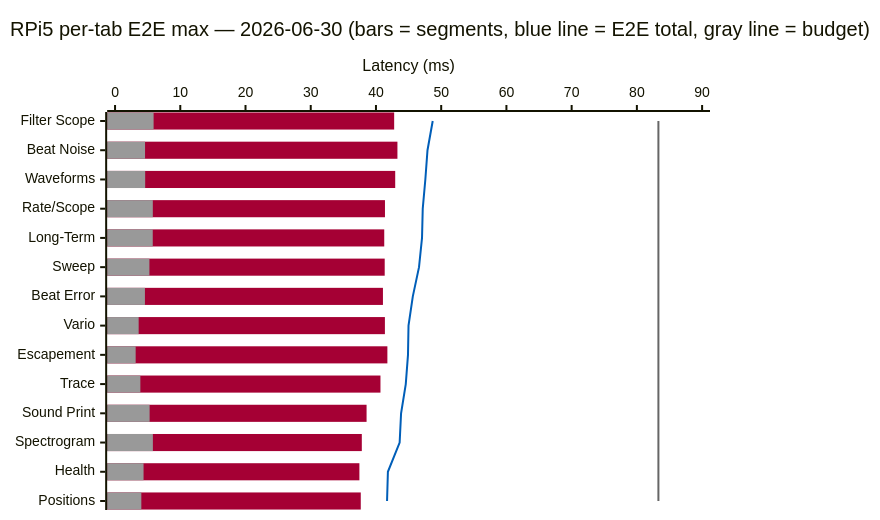
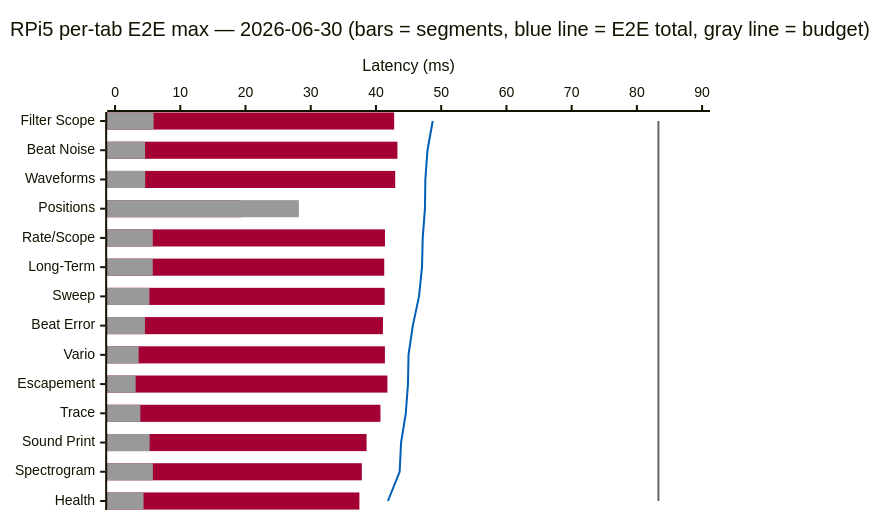
The fourth of 6 diagrams in Milestone/en/4-Planned-Experiments.md (lgcmu2026-team5/TimeGrapher-Docs), drawn with Mermaid before and after one commit. The commit also changed other lines of this file and 1 other file, not shown here.

Commit message:
docs: restore raw Positions E2E maximum

````diff
--- a/Milestone/en/4-Planned-Experiments.md
+++ b/Milestone/en/4-Planned-Experiments.md
@@ -188,11 +188,11 @@
 ```mermaid
 %%{init: {"themeVariables": {"xyChart": {"plotColorPalette": "#A50034, #999999, #005EB8, #666666"}}}}%%
 xychart-beta horizontal
     title "RPi5 per-tab E2E max — 2026-06-30 (bars = segments, blue line = E2E total, gray line = budget)"
-    x-axis ["Filter Scope", "Beat Noise", "Waveforms", "Rate/Scope", "Long-Term", "Sweep", "Beat Error", "Vario", "Escapement", "Trace", "Sound Print", "Spectrogram", "Health", "Positions"]
+    x-axis ["Filter Scope", "Beat Noise", "Waveforms", "Positions", "Rate/Scope", "Long-Term", "Sweep", "Beat Error", "Vario", "Escapement", "Trace", "Sound Print", "Spectrogram", "Health"]
     y-axis "Latency (ms)" 0 --> 90
-    bar [42.79, 43.29, 42.95, 41.38, 41.27, 41.34, 41.07, 41.37, 41.75, 40.69, 38.56, 37.83, 37.46, 37.67]
-    bar [5.91, 4.60, 4.62, 5.79, 5.78, 5.27, 4.58, 3.62, 3.16, 3.88, 5.30, 5.80, 4.37, 4.03]
-    line [48.70, 47.90, 47.57, 47.17, 47.06, 46.60, 45.65, 44.99, 44.91, 44.57, 43.85, 43.63, 41.83, 41.70]
+    bar [42.79, 43.29, 42.95, 19.33, 41.38, 41.27, 41.34, 41.07, 41.37, 41.75, 40.69, 38.56, 37.83, 37.46]
+    bar [5.91, 4.60, 4.62, 28.18, 5.79, 5.78, 5.27, 4.58, 3.62, 3.16, 3.88, 5.30, 5.80, 4.37]
+    line [48.70, 47.90, 47.57, 47.51, 47.17, 47.06, 46.60, 45.65, 44.99, 44.91, 44.57, 43.85, 43.63, 41.83]
     line [83.3, 83.3, 83.3, 83.3, 83.3, 83.3, 83.3, 83.3, 83.3, 83.3, 83.3, 83.3, 83.3, 83.3]
 ```
````
